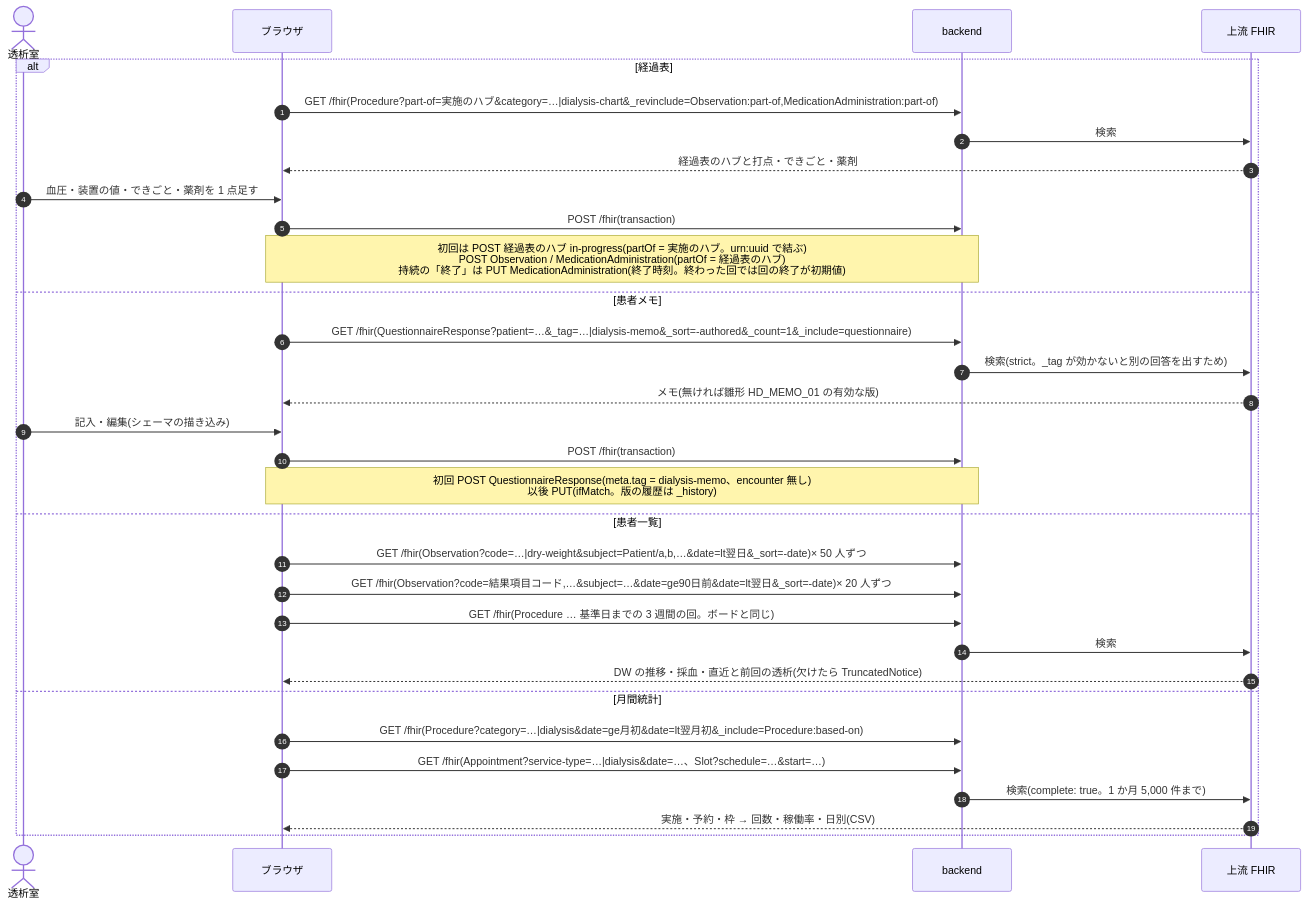
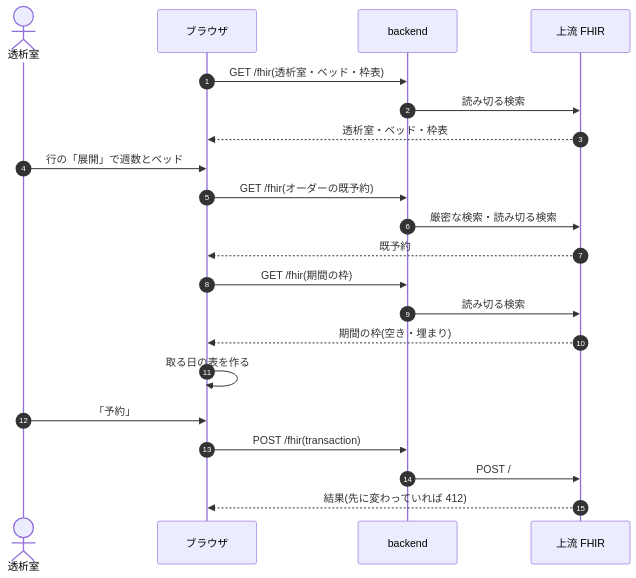
The sixth of 16 diagrams in docs/dev/dialysis.md (ysnr-dev/fhir-client-docs), drawn with Mermaid before and after one commit. The commit also changed other lines of this file and 43 other files, not shown here.

Commit message:
docs: 業務フローとシーケンス図を写し直し

````diff
--- a/docs/dev/dialysis.md
+++ b/docs/dev/dialysis.md
@@ -273,35 +411,24 @@
 ```mermaid
 sequenceDiagram
   autonumber
-  actor User as 透析室
+  actor Dept as 透析室
   participant UI as ブラウザ
   participant BE as backend
   participant FHIR as 上流 FHIR
 
-  alt 経過表
-    UI->>BE: GET /fhir(Procedure?part-of=実施のハブ&category=…|dialysis-chart&_revinclude=Observation:part-of,MedicationAdministration:part-of)
-    BE->>FHIR: 検索
-    FHIR-->>UI: 経過表のハブと打点・できごと・薬剤
-    User->>UI: 血圧・装置の値・できごと・薬剤を 1 点足す
-    UI->>BE: POST /fhir(transaction)
-    Note over UI,BE: 初回は POST 経過表のハブ in-progress(partOf = 実施のハブ。urn:uuid で結ぶ)<br/>POST Observation / MedicationAdministration(partOf = 経過表のハブ)<br/>持続の「終了」は PUT MedicationAdministration(終了時刻。終わった回では回の終了が初期値)
-  else 患者メモ
-    UI->>BE: GET /fhir(QuestionnaireResponse?patient=…&_tag=…|dialysis-memo&_sort=-authored&_count=1&_include=questionnaire)
-    BE->>FHIR: 検索(strict。_tag が効かないと別の回答を出すため)
-    FHIR-->>UI: メモ(無ければ雛形 HD_MEMO_01 の有効な版)
-    User->>UI: 記入・編集(シェーマの描き込み)
-    UI->>BE: POST /fhir(transaction)
-    Note over UI,BE: 初回 POST QuestionnaireResponse(meta.tag = dialysis-memo、encounter 無し)<br/>以後 PUT(ifMatch。版の履歴は _history)
-  else 患者一覧
-    UI->>BE: GET /fhir(Observation?code=…|dry-weight&subject=Patient/a,b,…&date=lt翌日&_sort=-date)× 50 人ずつ
-    UI->>BE: GET /fhir(Observation?code=結果項目コード,…&subject=…&date=ge90日前&date=lt翌日&_sort=-date)× 20 人ずつ
-    UI->>BE: GET /fhir(Procedure … 基準日までの 3 週間の回。ボードと同じ)
-    BE->>FHIR: 検索
-    FHIR-->>UI: DW の推移・採血・直近と前回の透析(欠けたら TruncatedNotice)
-  else 月間統計
-    UI->>BE: GET /fhir(Procedure?category=…|dialysis&date=ge月初&date=lt翌月初&_include=Procedure:based-on)
-    UI->>BE: GET /fhir(Appointment?service-type=…|dialysis&date=…、Slot?schedule=…&start=…)
-    BE->>FHIR: 検索(complete: true。1 か月 5,000 件まで)
-    FHIR-->>UI: 実施・予約・枠 → 回数・稼働率・日別(CSV)
-  end
+  UI->>BE: GET /fhir(透析室・ベッド・枠表)
+  BE->>FHIR: 読み切る検索
+  FHIR-->>UI: 透析室・ベッド・枠表
+  Dept->>UI: 行の「展開」で週数とベッド
+  UI->>BE: GET /fhir(オーダーの既予約)
+  BE->>FHIR: 厳密な検索・読み切る検索
+  FHIR-->>UI: 既予約
+  UI->>BE: GET /fhir(期間の枠)
+  BE->>FHIR: 読み切る検索
+  FHIR-->>UI: 期間の枠(空き・埋まり)
+  UI->>UI: 取る日の表を作る
+  Dept->>UI: 「予約」
+  UI->>BE: POST /fhir(transaction)
+  BE->>FHIR: POST /
+  FHIR-->>UI: 結果(先に変わっていれば 412)
 ```
````
